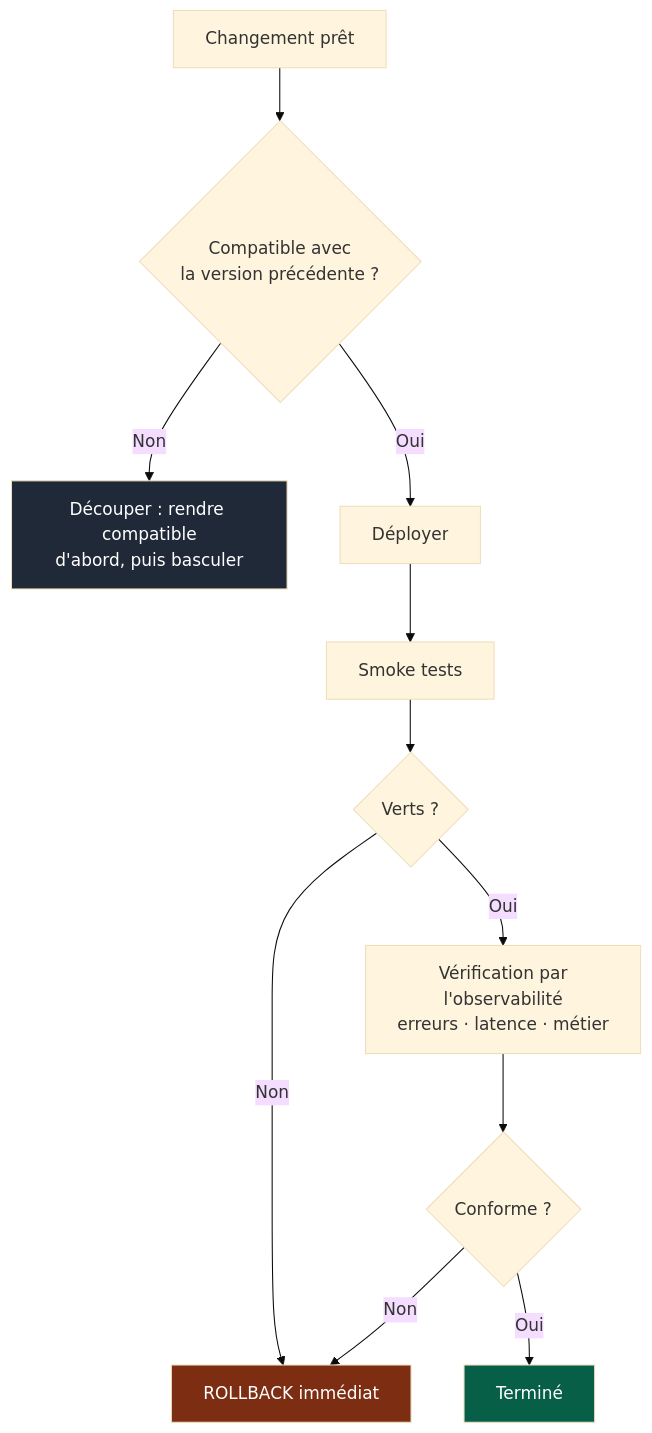
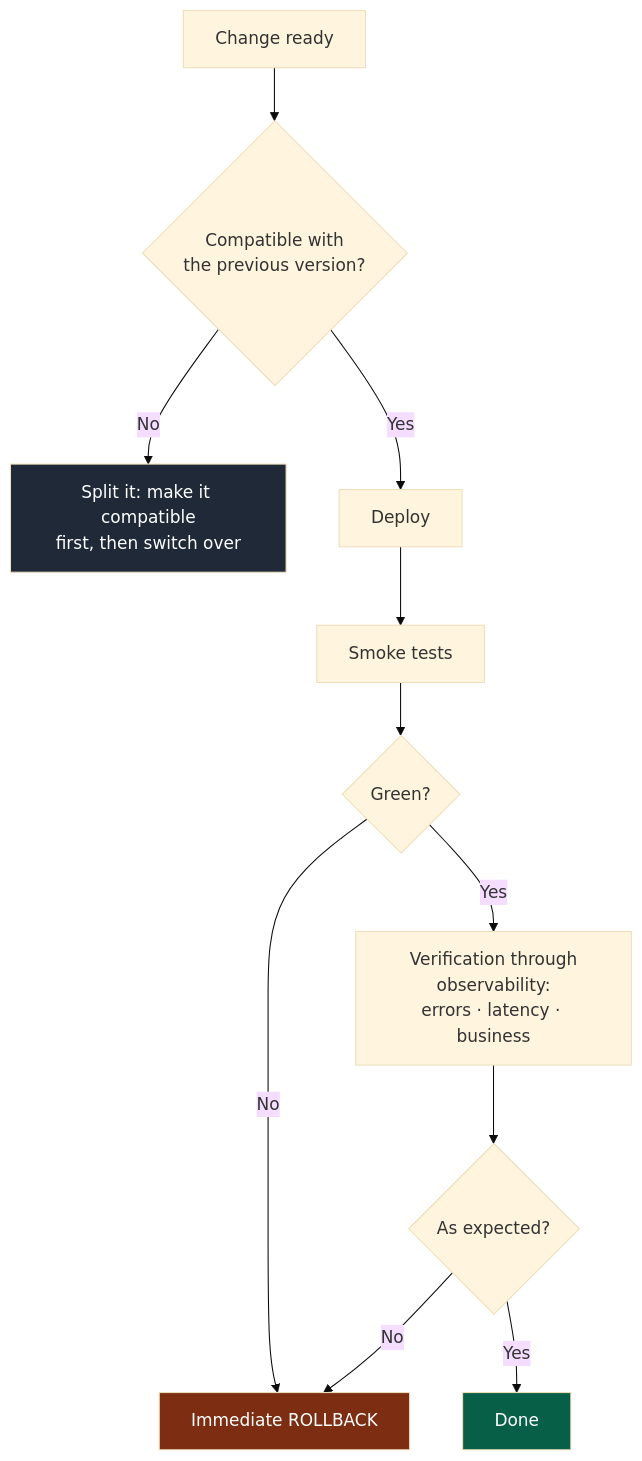
The second of 2 diagrams in skeleton/playbooks/operations.md (NapkinStack/engineering-os), drawn with Mermaid (base theme) before and after one commit. The commit also changed other lines of this file and 4 other files, not shown here.

````diff
--- a/skeleton/playbooks/operations.md
+++ b/skeleton/playbooks/operations.md
@@ -117,17 +117,17 @@
 ```mermaid
 flowchart TD
-    A["Changement prêt"] --> B{"Compatible avec<br/>la version précédente ?"}
-    B -->|Non| C["Découper : rendre compatible<br/>d'abord, puis basculer"]
-    B -->|Oui| D["Déployer"]
+    A["Change ready"] --> B{"Compatible with<br/>the previous version?"}
+    B -->|No| C["Split it: make it compatible<br/>first, then switch over"]
+    B -->|Yes| D["Deploy"]
     D --> E["Smoke tests"]
-    E --> F{"Verts ?"}
-    F -->|Non| G["ROLLBACK immédiat"]
-    F -->|Oui| H["Vérification par<br/>l'observabilité<br/>erreurs · latence · métier"]
-    H --> I{"Conforme ?"}
-    I -->|Non| G
-    I -->|Oui| J["Terminé"]
+    E --> F{"Green?"}
+    F -->|No| G["Immediate ROLLBACK"]
+    F -->|Yes| H["Verification through<br/>observability:<br/>errors · latency · business"]
+    H --> I{"As expected?"}
+    I -->|No| G
+    I -->|Yes| J["Done"]
 
     style G fill:#7c2d12,color:#fff
     style J fill:#065f46,color:#fff
     style C fill:#1f2937,color:#fff
 ```
````
